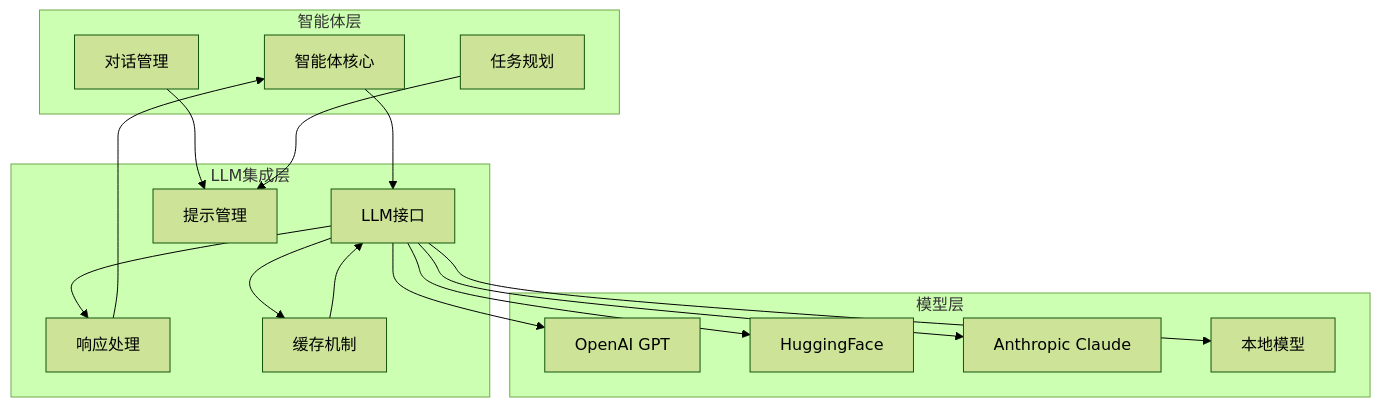
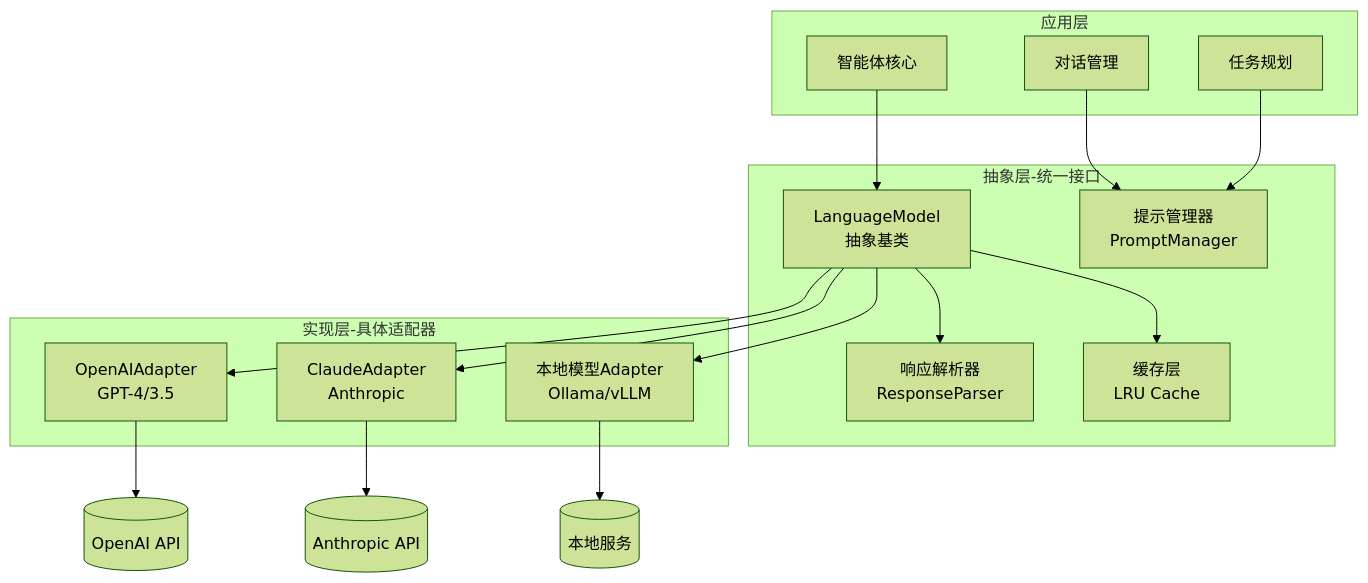
The first of 2 diagrams in book/part3-agents/chapter16-agent-foundation/16.5-llm-integration-language-understanding-and-generation.md (Leavesfly/TinyAI), drawn with Mermaid (forest theme) before and after one commit. The commit also changed other lines of this file and 40 other files, not shown here.

````diff
--- a/book/part3-agents/chapter16-agent-foundation/16.5-llm-integration-language-understanding-and-generation.md
+++ b/book/part3-agents/chapter16-agent-foundation/16.5-llm-integration-language-understanding-and-generation.md
@@ -24,35 +26,35 @@
 ```mermaid
 graph TB
-    subgraph "智能体层"
+    subgraph "应用层"
         A[智能体核心]
         B[对话管理]
         C[任务规划]
     end
     
-    subgraph "LLM集成层"
-        D[LLM接口]
-        E[提示管理]
-        F[响应处理]
-        G[缓存机制]
+    subgraph "抽象层-统一接口"
+        D[LanguageModel<br/>抽象基类]
+        E[提示管理器<br/>PromptManager]
+        F[响应解析器<br/>ResponseParser]
+        G[缓存层<br/>LRU Cache]
     end
     
-    subgraph "模型层"
-        H[OpenAI GPT]
-        I[HuggingFace]
-        J[Anthropic Claude]
-        K[本地模型]
+    subgraph "实现层-具体适配器"
+        H[OpenAIAdapter<br/>GPT-4/3.5]
+        I[ClaudeAdapter<br/>Anthropic]
+        J[本地模型Adapter<br/>Ollama/vLLM]
     end
     
     A --> D
     B --> E
     C --> E
     D --> F
     D --> G
-    F --> A
-    G --> D
     
     D --> H
     D --> I
     D --> J
-    D --> K
+    
+    H --> K[(OpenAI API)]
+    I --> L[(Anthropic API)]
+    J --> M[(本地服务)]
 ```
````
